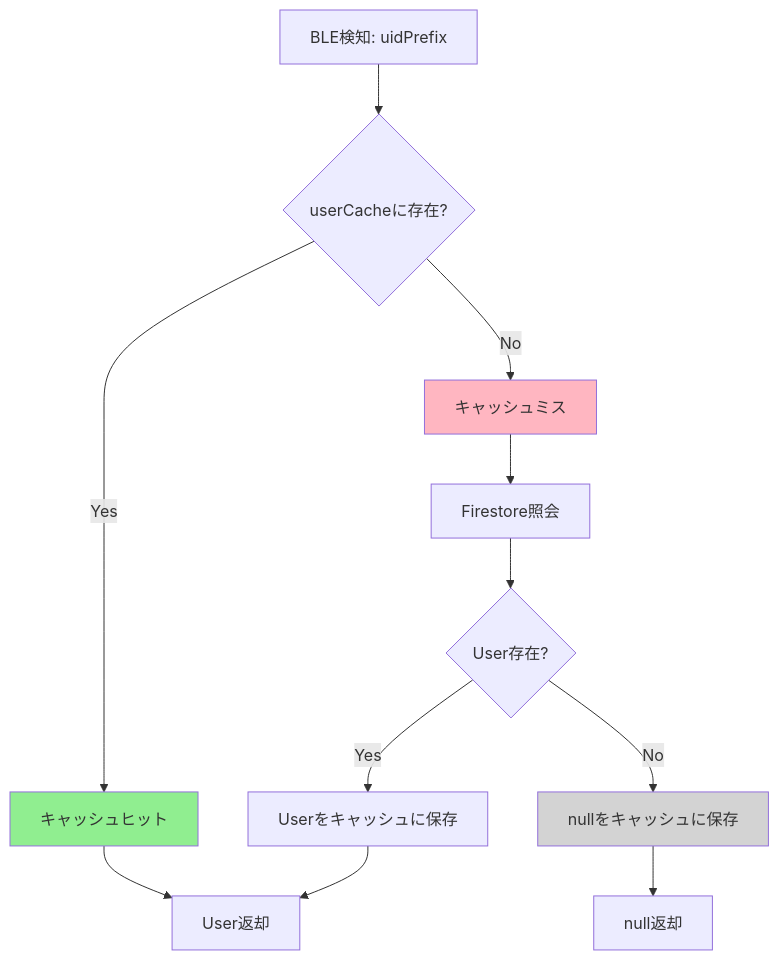
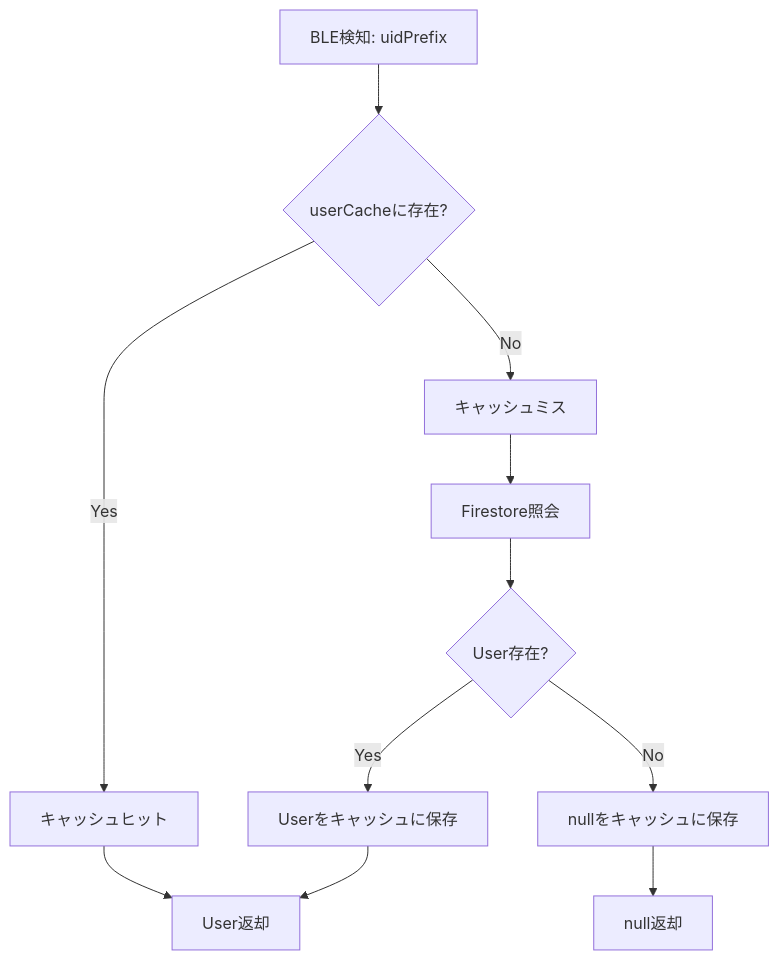
Diagram 12 of 14 in docs/backend-specification.md (razy6174/EnCounter), drawn with Mermaid before and after one commit. The commit also changed other lines of this file and 1 other file, not shown here.

````diff
--- a/docs/backend-specification.md
+++ b/docs/backend-specification.md
@@ -878,21 +870,17 @@
 ```mermaid
 flowchart TD
     A[BLE検知: uidPrefix] --> B{userCacheに存在?}
     
     B -->|Yes| C[キャッシュヒット]
     C --> D[User返却]
     
     B -->|No| E[キャッシュミス]
     E --> F[Firestore照会]
     F --> G{User存在?}
     
     G -->|Yes| H[Userをキャッシュに保存]
     G -->|No| I[nullをキャッシュに保存]
     
     H --> D
     I --> J[null返却]
-    
-    style C fill:#90EE90
-    style E fill:#FFB6C1
-    style I fill:#D3D3D3
 ```
````
